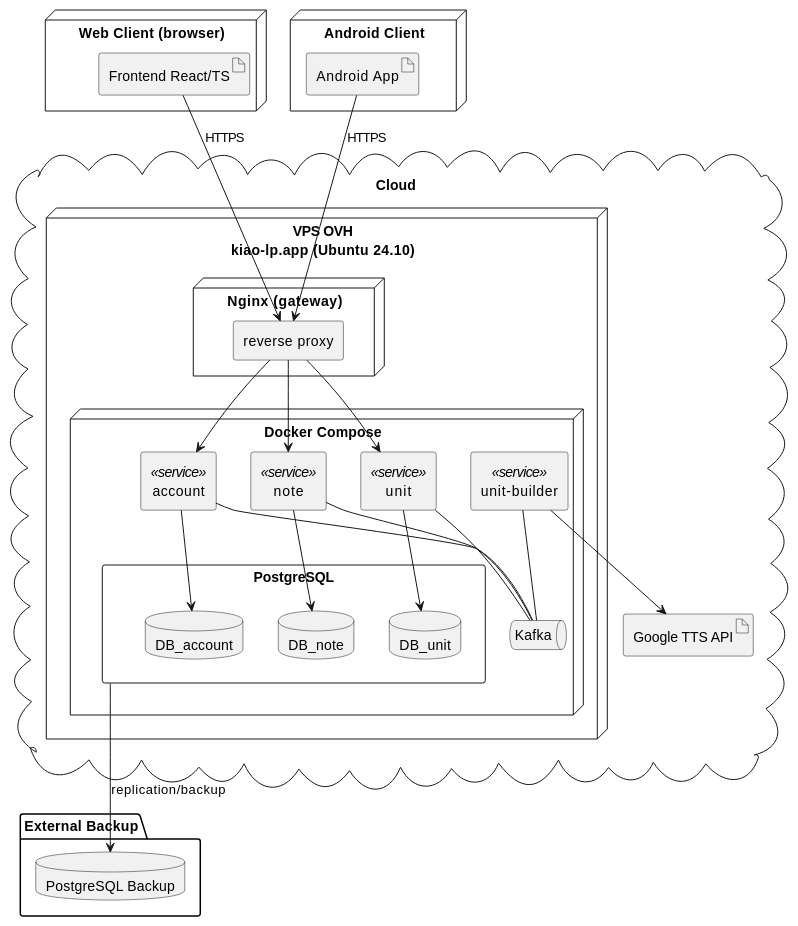
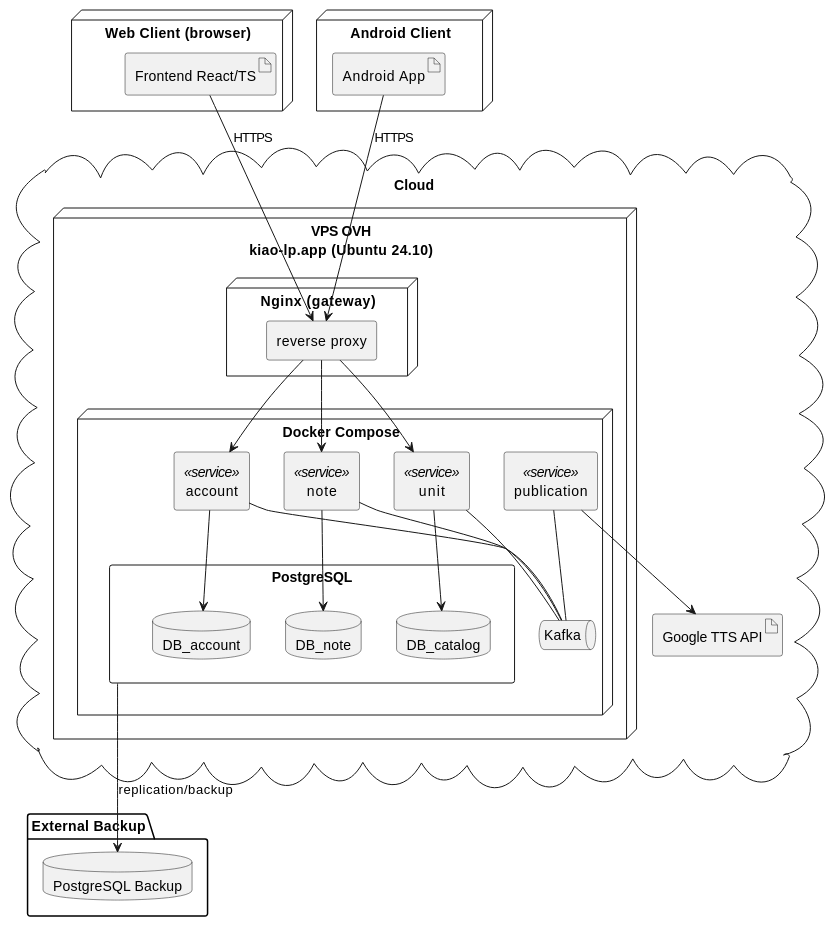
Before and after one commit to kiao-lp/kiao-lp.github.io: the third of 4 diagrams in architecture/global-architecture.md, drawn with PlantUML. The commit also changed other lines of this file and 3 other files, not shown here.

````diff
--- a/architecture/global-architecture.md
+++ b/architecture/global-architecture.md
@@ -75,72 +112,72 @@
 ```plantuml
 @startuml
 skinparam componentStyle rectangle
 skinparam defaultTextAlignment center
 
 node "Web Client (browser)" {
   artifact "Frontend React/TS"
 }
 
 node "Android Client" {
   artifact "Android App"
 }
 
 cloud "Cloud" {
 
   ' --- Production Server ---
   node "VPS OVH\nkiao-lp.app (Ubuntu 24.10)" {
     
     node "Nginx (gateway)" {
       rectangle "reverse proxy"
     }
 
     node "Docker Compose" {
       component "account" <<service>>
       component "note" <<service>>
       component "unit" <<service>>
-      component "unit-builder" <<service>>
+      component "publication" <<service>>
 
       component "PostgreSQL" {
         database "DB_account"
         database "DB_note"
-        database "DB_unit"
+        database "DB_catalog"
       }
 
       queue "Kafka"
     }
   }
 
   artifact "Google TTS API"
 }
 
 ' --- Backup Zone ---
 folder "External Backup" {
   database "PostgreSQL Backup"
 }
 
 ' --- Network Communications ---
 
 "Frontend React/TS" --> "reverse proxy" : HTTPS
 "Android App" --> "reverse proxy" : HTTPS
 
 "reverse proxy" --> "account"
 "reverse proxy" --> "note"
 "reverse proxy" --> "unit"
 
 ' --- Kafka ---
 "note" -- "Kafka"
 "account" -- "Kafka"
 "unit" -- "Kafka"
-"unit-builder" -- "Kafka"
+"publication" -- "Kafka"
 
-"unit-builder" --> "Google TTS API"
+"publication" --> "Google TTS API"
 
 ' --- Databases ---
 "account" --> "DB_account"
 "note" --> "DB_note"
-"unit" --> "DB_unit"
+"unit" --> "DB_catalog"
 
 PostgreSQL --> "PostgreSQL Backup" : replication/backup
 
 @enduml
 ```
````
